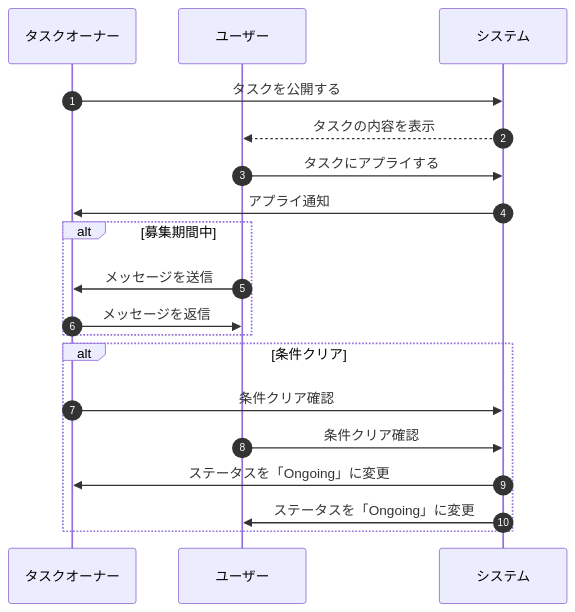
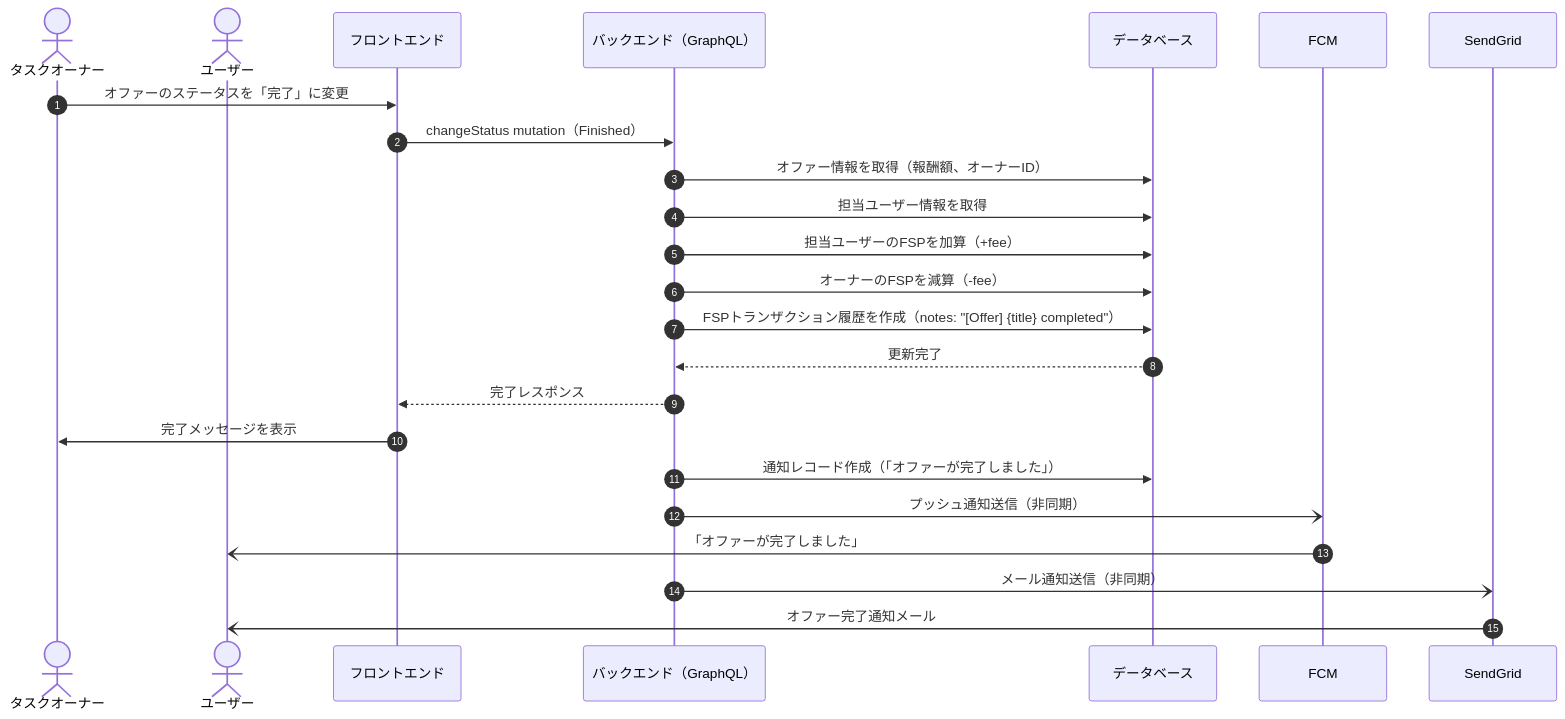
The tenth of 13 diagrams in docs/sequence-diagrams.md (sc-hosokawa/frienda), drawn with Mermaid before and after one commit. The commit also changed other lines of this file, not shown here.

First line of the commit message:
docs: ソースコードの実装に基づいてシーケンス図を全面修正

````diff
--- a/docs/sequence-diagrams.md
+++ b/docs/sequence-diagrams.md
@@ -392,26 +440,34 @@
 ```mermaid
 sequenceDiagram
     autonumber
 
-    participant TaskOwner as タスクオーナー
-    participant User as ユーザー
-    participant System as システム
+    actor オーナー as タスクオーナー
+    actor ユーザー
+    participant フロントエンド
+    participant バックエンド as バックエンド（GraphQL）
+    participant データベース
+    participant FCM
+    participant SendGrid
 
-    TaskOwner ->> System: タスクを公開する
-    System -->> User: タスクの内容を表示
+    オーナー->>フロントエンド: オファーのステータスを「完了」に変更
+    フロントエンド->>バックエンド: changeStatus mutation（Finished）
 
-    User ->> System: タスクにアプライする
-    System ->> TaskOwner: アプライ通知
+    バックエンド->>データベース: オファー情報を取得（報酬額、オーナーID）
+    バックエンド->>データベース: 担当ユーザー情報を取得
 
-    alt 募集期間中
-        User ->> TaskOwner: メッセージを送信
-        TaskOwner ->> User: メッセージを返信
-    end
+    %% ポイント移転
+    バックエンド->>データベース: 担当ユーザーのFSPを加算（+fee）
+    バックエンド->>データベース: オーナーのFSPを減算（-fee）
+    バックエンド->>データベース: FSPトランザクション履歴を作成（notes: "[Offer] {title} completed"）
+    データベース-->>バックエンド: 更新完了
 
-    alt 条件クリア
-        TaskOwner ->> System: 条件クリア確認
-        User ->> System: 条件クリア確認
-        System ->> TaskOwner: ステータスを「Ongoing」に変更
-        System ->> User: ステータスを「Ongoing」に変更
-    end
+    バックエンド-->>フロントエンド: 完了レスポンス
+    フロントエンド->>オーナー: 完了メッセージを表示
+
+    %% 通知（担当ユーザーへ）
+    バックエンド->>データベース: 通知レコード作成（「オファーが完了しました」）
+    バックエンド-)FCM: プッシュ通知送信（非同期）
+    FCM-)ユーザー: 「オファーが完了しました」
+    バックエンド-)SendGrid: メール通知送信（非同期）
+    SendGrid-)ユーザー: オファー完了通知メール
 ```
````
